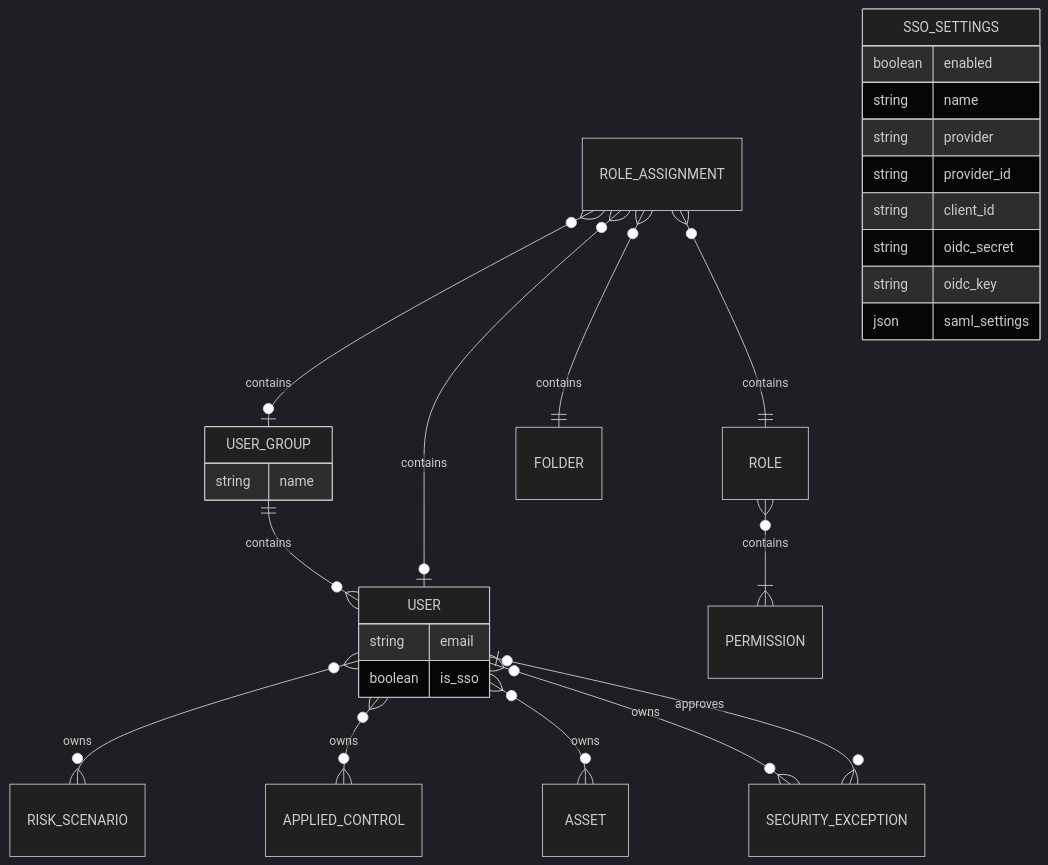
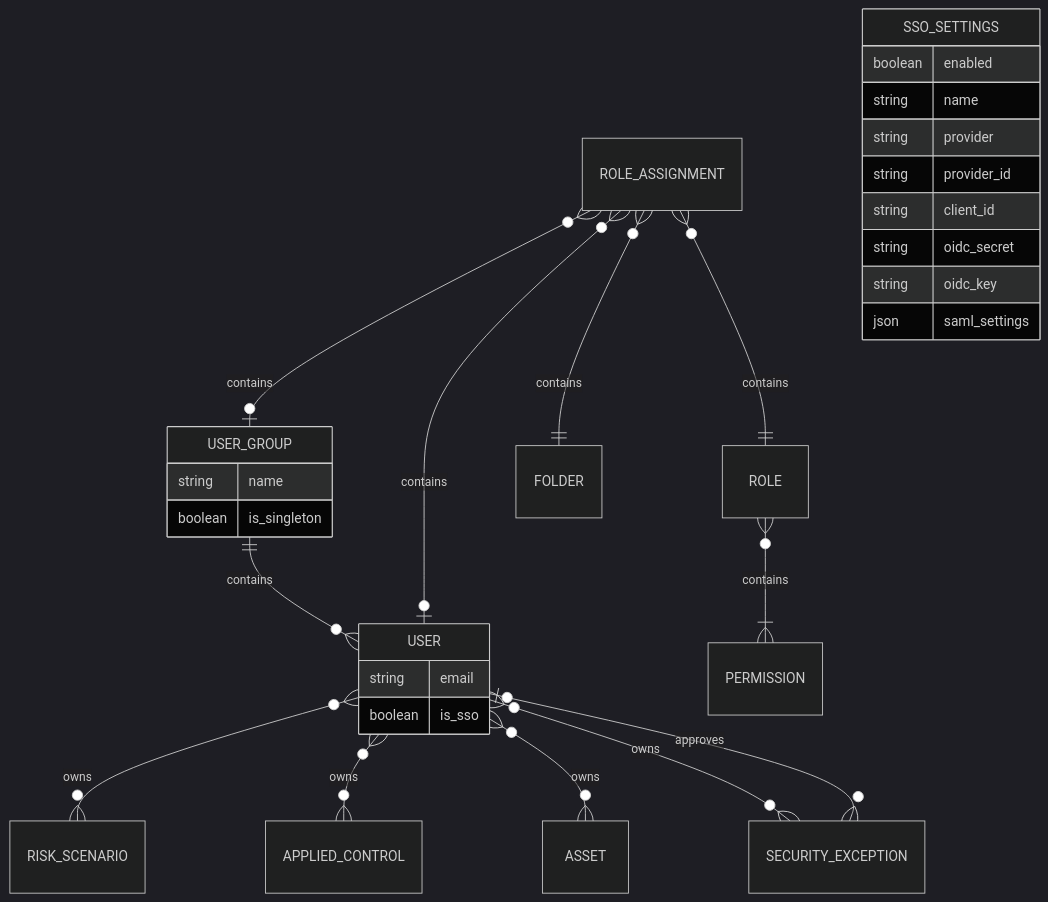
Before and after one commit to intuitem/ciso-assistant-community: the first of 13 diagrams in documentation/architecture/data-model.md, drawn with Mermaid (dark theme). The commit also changed other lines of this file, not shown here.

````diff
--- a/documentation/architecture/data-model.md
+++ b/documentation/architecture/data-model.md
@@ -7,37 +7,38 @@
 ```mermaid
 erDiagram
 
     USER }o--o{ RISK_SCENARIO : owns
     USER }o--o{ APPLIED_CONTROL : owns
     USER }o--o{ ASSET : owns
     USER }o--o{ SECURITY_EXCEPTION : owns
     USER |o--o{ SECURITY_EXCEPTION : approves
 
     USER_GROUP      ||--o{ USER      : contains
     ROLE            }o--|{ PERMISSION: contains
     ROLE_ASSIGNMENT }o--o| USER_GROUP: contains
     ROLE_ASSIGNMENT }o--o| USER      : contains
     ROLE_ASSIGNMENT }o--|| FOLDER    : contains
     ROLE_ASSIGNMENT }o--|| ROLE      : contains
 
     USER {
         string  email
         boolean is_sso
     }
 
     USER_GROUP {
-        string name
+        string  name
+        boolean is_singleton
     }
 
     SSO_SETTINGS {
         boolean enabled
         string  name
         string  provider
         string  provider_id
         string  client_id
         string  oidc_secret
         string  oidc_key
         json    saml_settings
     }
 
 ```
````
